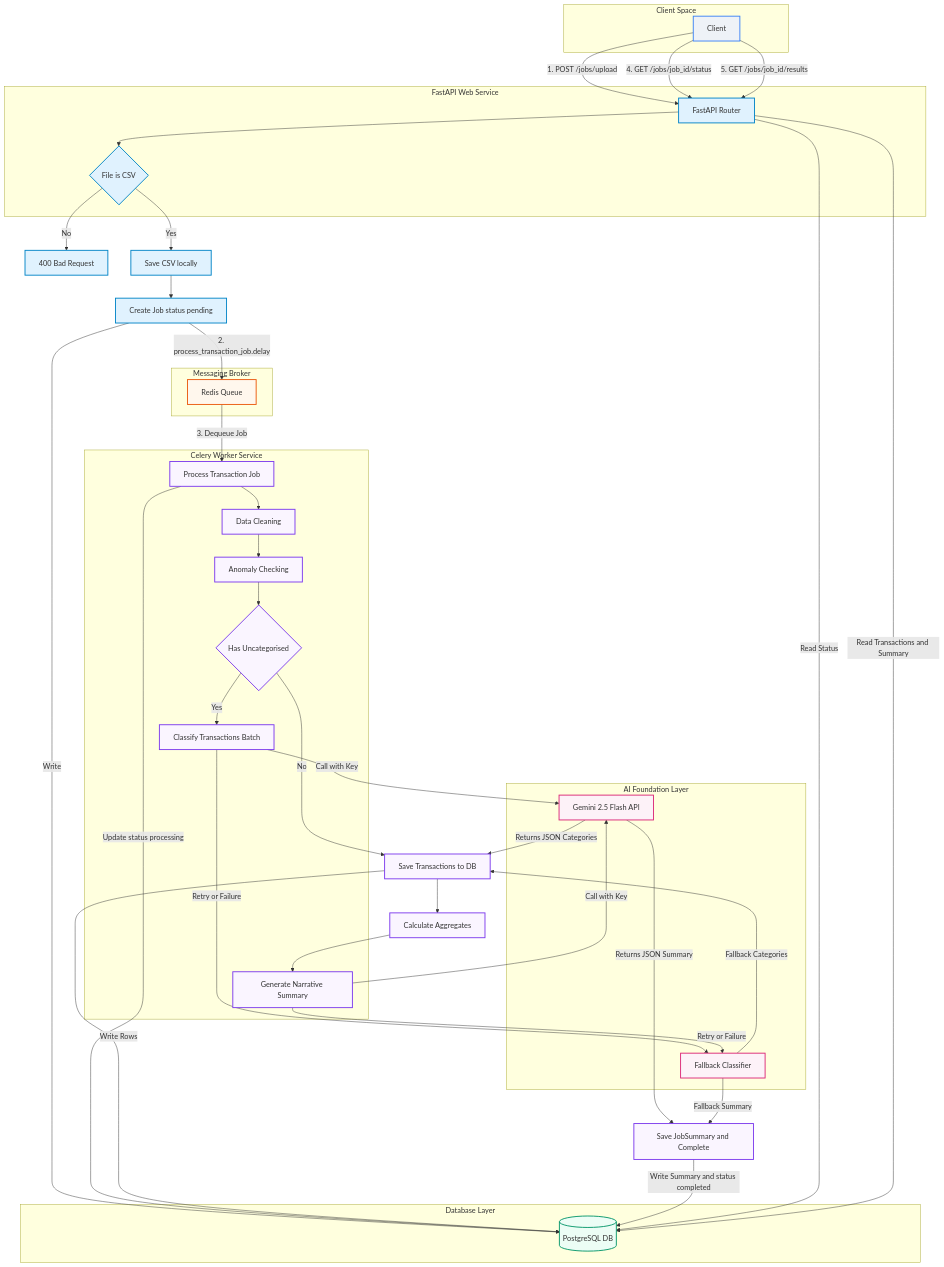
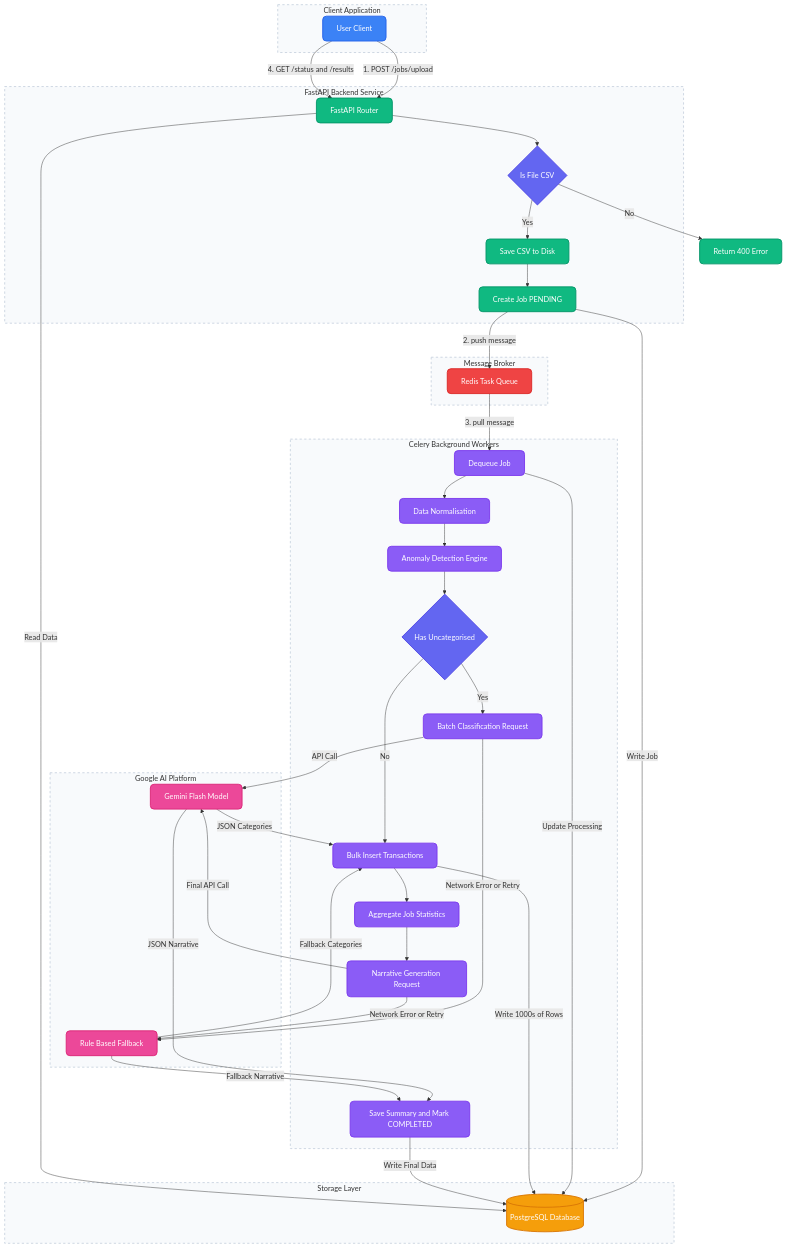
The first of 2 diagrams in README.md (prakhar-developer/alemeno), drawn with Mermaid before and after one commit.

Commit message:
docs: Update README with advanced colored enterprise flowchart diagram

````diff
--- a/README.md
+++ b/README.md
@@ -147,82 +147,89 @@
 ```mermaid
 graph TD
-    %% Colors and Styles %%
-    classDef client fill:#eef2f7,stroke:#3b82f6,stroke-width:2px;
-    classDef web fill:#e0f2fe,stroke:#0284c7,stroke-width:2px;
-    classDef db fill:#ecfdf5,stroke:#059669,stroke-width:2px;
-    classDef queue fill:#fff7ed,stroke:#ea580c,stroke-width:2px;
-    classDef worker fill:#faf5ff,stroke:#7c3aed,stroke-width:2px;
-    classDef llm fill:#fdf2f8,stroke:#db2777,stroke-width:2px;
+    %% COLOR THEMES AND STYLES
+    classDef client fill:#3b82f6,color:#fff,stroke:#2563eb,stroke-width:2px,rx:8px,ry:8px;
+    classDef api fill:#10b981,color:#fff,stroke:#059669,stroke-width:2px,rx:8px,ry:8px;
+    classDef db fill:#f59e0b,color:#fff,stroke:#d97706,stroke-width:2px;
+    classDef queue fill:#ef4444,color:#fff,stroke:#dc2826,stroke-width:2px,rx:8px,ry:8px;
+    classDef worker fill:#8b5cf6,color:#fff,stroke:#7c3aed,stroke-width:2px,rx:8px,ry:8px;
+    classDef llm fill:#ec4899,color:#fff,stroke:#db2777,stroke-width:2px,rx:8px,ry:8px;
+    classDef decision fill:#6366f1,color:#fff,stroke:#4f46e5,stroke-width:2px;
+    classDef groupstyle fill:#f8fafc,stroke:#cbd5e1,stroke-width:2px,stroke-dasharray: 5 5;
 
-    subgraph Client Space
-        C[Client]:::client
+    %% TOP LEVEL GROUPS
+    subgraph ClientSpace [Client Application]
+        C[User Client]:::client
     end
 
-    subgraph FastAPI Web Service
-        API[FastAPI Router]:::web
-        Val{File is CSV}:::web
+    subgraph APILayer [FastAPI Backend Service]
+        API[FastAPI Router]:::api
+        Val{Is File CSV}:::decision
+        SaveFile[Save CSV to Disk]:::api
+        CreateJob[Create Job PENDING]:::api
     end
 
-    subgraph Messaging Broker
-        Redis[Redis Queue]:::queue
+    subgraph Broker [Message Broker]
+        Redis[Redis Task Queue]:::queue
     end
 
-    subgraph Celery Worker Service
-        Task[Process Transaction Job]:::worker
-        Clean[Data Cleaning]:::worker
-        Anomaly[Anomaly Checking]:::worker
-        UncatDecision{Has Uncategorised}:::worker
-        BatchLLM[Classify Transactions Batch]:::worker
-        NarrativeLLM[Generate Narrative Summary]:::worker
+    subgraph WorkerService [Celery Background Workers]
+        Task[Dequeue Job]:::worker
+        Clean[Data Normalisation]:::worker
+        Anomaly[Anomaly Detection Engine]:::worker
+        UncatDecision{Has Uncategorised}:::decision
+        BatchLLM[Batch Classification Request]:::worker
+        ComputeStats[Aggregate Job Statistics]:::worker
+        NarrativeLLM[Narrative Generation Request]:::worker
+        SaveTxns[Bulk Insert Transactions]:::worker
+        SaveSummary[Save Summary and Mark COMPLETED]:::worker
     end
 
-    subgraph Database Layer
-        Postgres[(PostgreSQL DB)]:::db
+    subgraph AILayer [Google AI Platform]
+        Gemini[Gemini Flash Model]:::llm
+        Mock[Rule Based Fallback]:::llm
     end
 
-    subgraph AI Foundation Layer
-        Gemini[Gemini 2.5 Flash API]:::llm
-        Mock[Fallback Classifier]:::llm
+    subgraph DataLayer [Storage Layer]
+        Postgres[(PostgreSQL Database)]:::db
     end
 
-    %% Upload Flow %%
-    C -->|1. POST /jobs/upload| API
+    %% ASSIGN STYLES TO SUBGRAPHS
+    class ClientSpace,APILayer,Broker,WorkerService,AILayer,DataLayer groupstyle;
+
+    %% WORKFLOW RELATIONSHIPS
+    C -- 1. POST /jobs/upload --> API
     API --> Val
-    Val -->|No| Reject[400 Bad Request]:::web
-    Val -->|Yes| SaveFile[Save CSV locally]:::web
-    SaveFile --> CreateJob[Create Job status pending]:::web
-    CreateJob -->|Write| Postgres
-    CreateJob -->|2. process_transaction_job.delay| Redis
-    Redis -->|3. Dequeue Job| Task
-
-    %% Worker Processing Pipeline %%
-    Task -->|Update status processing| Postgres
+    Val -- No --> Reject[Return 400 Error]:::api
+    Val -- Yes --> SaveFile
+    SaveFile --> CreateJob
+    CreateJob -- Write Job --> Postgres
+    CreateJob -- 2. push message --> Redis
+    
+    Redis -- 3. pull message --> Task
+    Task -- Update Processing --> Postgres
     Task --> Clean
     Clean --> Anomaly
     Anomaly --> UncatDecision
     
-    UncatDecision -->|Yes| BatchLLM
-    UncatDecision -->|No| SaveTxns
+    UncatDecision -- Yes --> BatchLLM
+    UncatDecision -- No --> SaveTxns
     
-    BatchLLM -->|Call with Key| Gemini
-    BatchLLM -->|Retry or Failure| Mock
-    Gemini -->|Returns JSON Categories| SaveTxns
-    Mock -->|Fallback Categories| SaveTxns
+    BatchLLM -- API Call --> Gemini
+    BatchLLM -- Network Error or Retry --> Mock
+    Gemini -- JSON Categories --> SaveTxns
+    Mock -- Fallback Categories --> SaveTxns
     
-    SaveTxns[Save Transactions to DB]:::worker -->|Write Rows| Postgres
-    SaveTxns --> ComputeStats[Calculate Aggregates]:::worker
+    SaveTxns -- Write 1000s of Rows --> Postgres
+    SaveTxns --> ComputeStats
     ComputeStats --> NarrativeLLM
     
-    NarrativeLLM -->|Call with Key| Gemini
-    NarrativeLLM -->|Retry or Failure| Mock
-    Gemini -->|Returns JSON Summary| SaveSummary
-    Mock -->|Fallback Summary| SaveSummary
+    NarrativeLLM -- Final API Call --> Gemini
+    NarrativeLLM -- Network Error or Retry --> Mock
+    Gemini -- JSON Narrative --> SaveSummary
+    Mock -- Fallback Narrative --> SaveSummary
     
-    SaveSummary[Save JobSummary and Complete]:::worker -->|Write Summary and status completed| Postgres
+    SaveSummary -- Write Final Data --> Postgres
 
-    %% Polling Flow %%
-    C -->|4. GET /jobs/job_id/status| API
-    API -->|Read Status| Postgres
-    C -->|5. GET /jobs/job_id/results| API
-    API -->|Read Transactions and Summary| Postgres
+    C -- 4. GET /status and /results --> API
+    API -- Read Data --> Postgres
 ```
````
